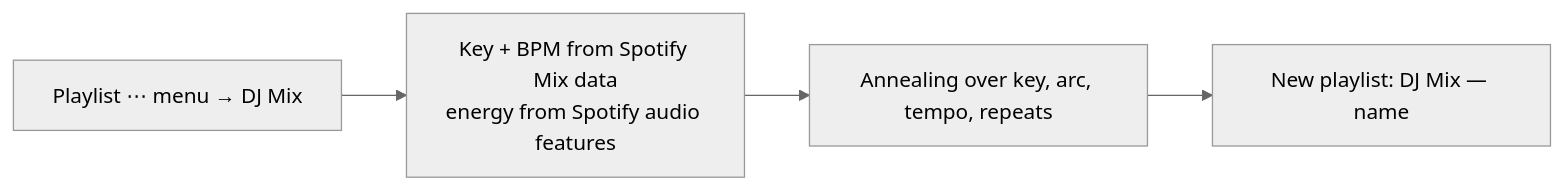
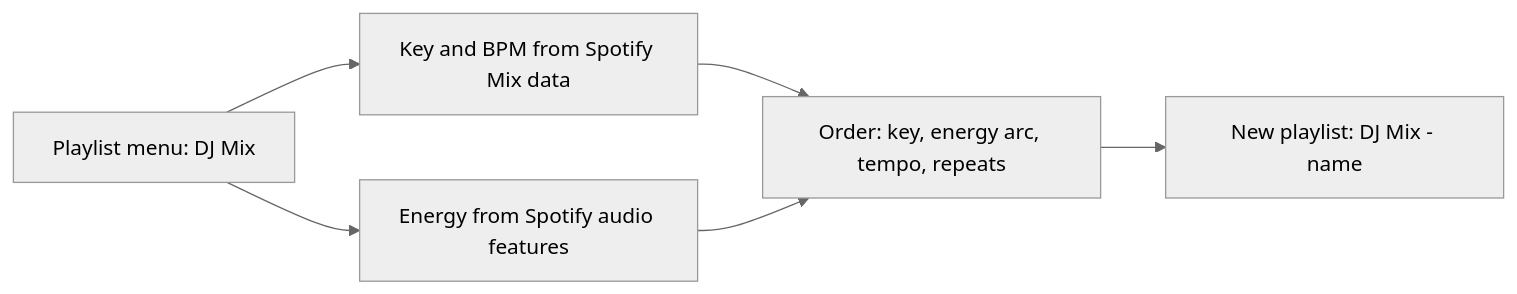
Before and after one commit to smixs/dj-mix: the diagram in README.md, drawn with Mermaid (neutral theme). The commit also changed other lines of this file, not shown here.

Commit message:
README: fix diagram, playlist name, full-width screenshots

````diff
--- a/README.md
+++ b/README.md
@@ -33,6 +33,8 @@
 ```mermaid
 flowchart LR
-    A["Playlist ⋯ menu → DJ Mix"] --> B["Key + BPM from Spotify Mix data<br/>energy from Spotify audio features"]
-    B --> C["Annealing over key, arc, tempo, repeats"]
-    C --> D["New playlist: DJ Mix — name"]
+    A[Playlist menu: DJ Mix] --> B[Key and BPM from Spotify Mix data]
+    A --> E[Energy from Spotify audio features]
+    B --> C[Order: key, energy arc, tempo, repeats]
+    E --> C
+    C --> D[New playlist: DJ Mix - name]
 ```
````
